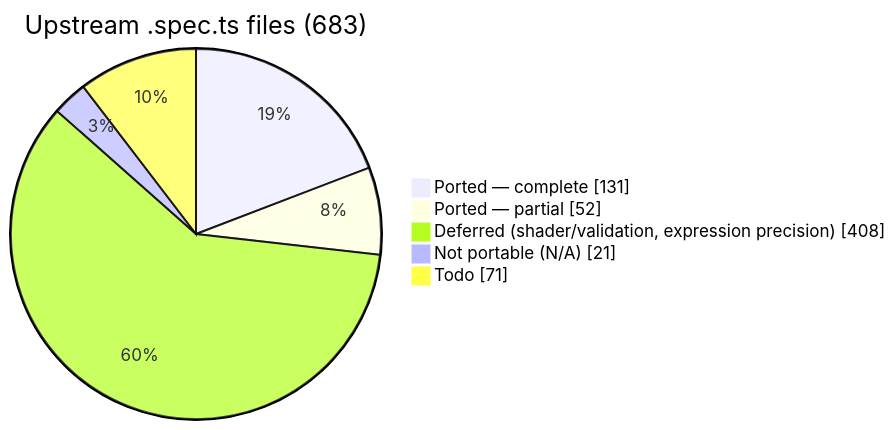
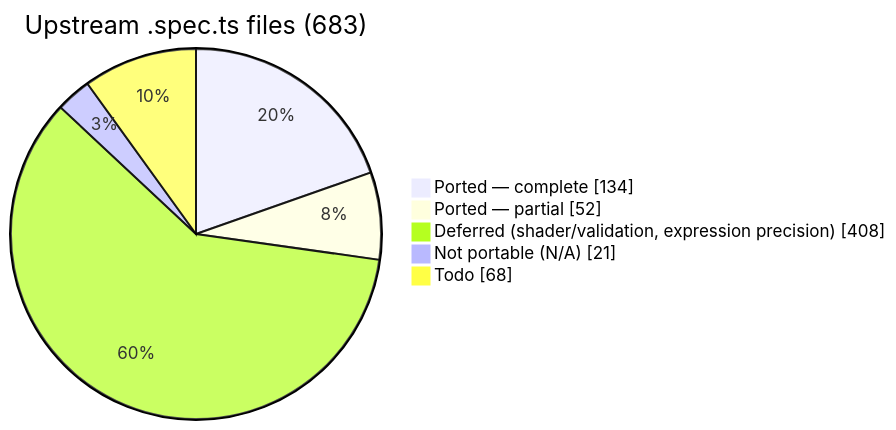
Before and after one commit to infosia/webgpu-native-cts: the first of 2 diagrams in README.md, drawn with Mermaid. The commit also changed other lines of this file and 6 other files, not shown here.

````diff
--- a/README.md
+++ b/README.md
@@ -94,9 +94,9 @@
 ```mermaid
 pie showData
     title Upstream .spec.ts files (683)
-    "Ported — complete" : 131
+    "Ported — complete" : 134
     "Ported — partial" : 52
     "Deferred (shader/validation, expression precision)" : 408
     "Not portable (N/A)" : 21
-    "Todo" : 71
+    "Todo" : 68
 ```
````
